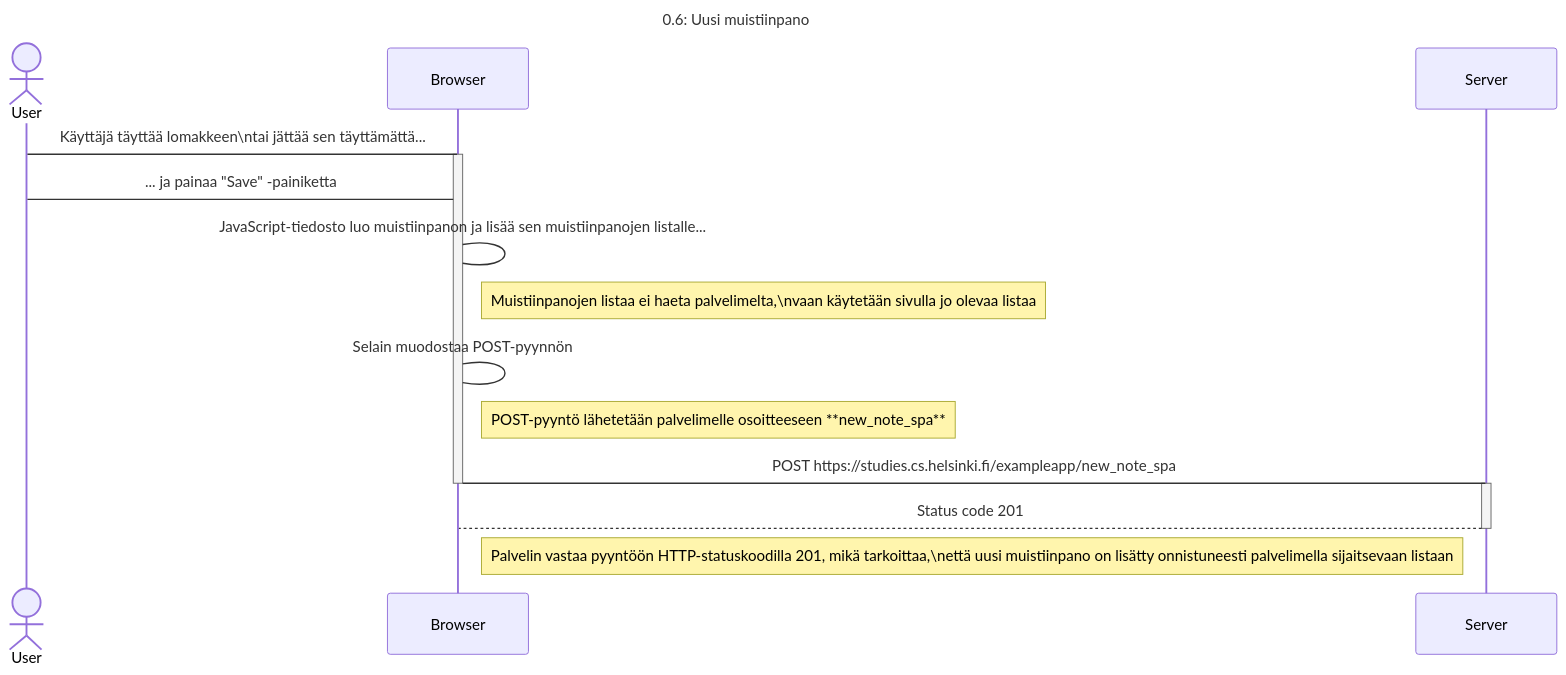
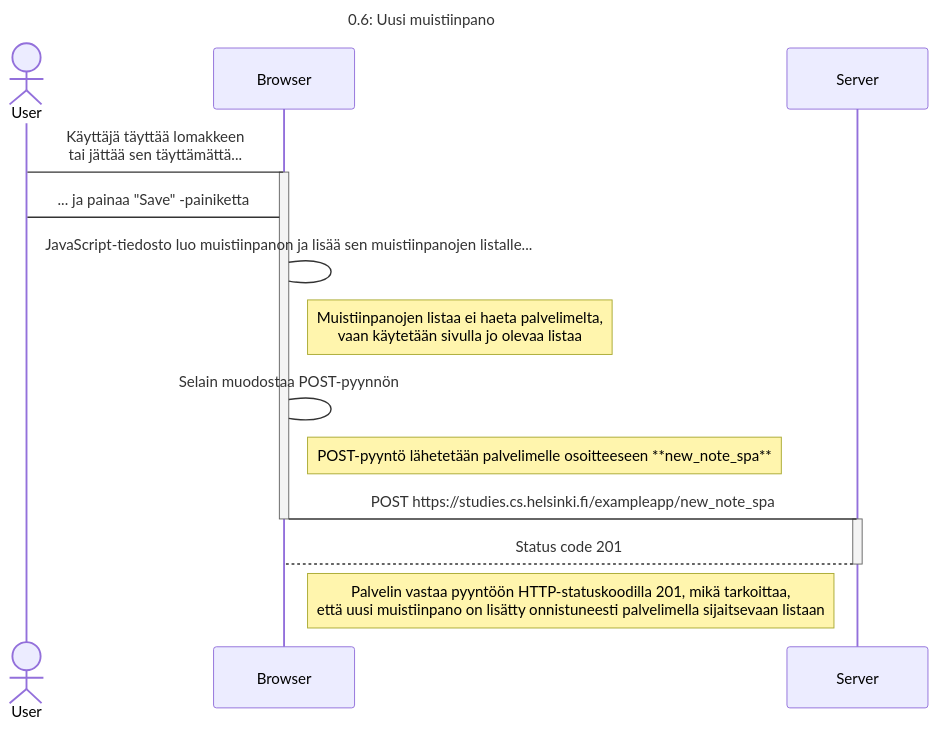
Before and after one commit to JuriHajainen/fullstackopen: the diagram in osa0/0.6__Uusi_muistiinpano.md, drawn with Mermaid. The commit also changed 1 other file, not shown here.

Commit message:
More fixes

````diff
--- a/osa0/0.6__Uusi_muistiinpano.md
+++ b/osa0/0.6__Uusi_muistiinpano.md
@@ -4,25 +4,25 @@
 ```mermaid
 
 sequenceDiagram
 
     title 0.6: Uusi muistiinpano
 
     actor User
     participant Browser
     participant Server
 
-    User->Browser: Käyttäjä täyttää lomakkeen\ntai jättää sen täyttämättä...
+    User->Browser: Käyttäjä täyttää lomakkeen<br>tai jättää sen täyttämättä...
     activate Browser
     User->Browser: ... ja painaa "Save" -painiketta
     Browser->Browser: JavaScript-tiedosto luo muistiinpanon ja lisää sen muistiinpanojen listalle...
-    note right of Browser: Muistiinpanojen listaa ei haeta palvelimelta,\nvaan käytetään sivulla jo olevaa listaa
+    note right of Browser: Muistiinpanojen listaa ei haeta palvelimelta,<br>vaan käytetään sivulla jo olevaa listaa
     Browser->Browser:  Selain muodostaa POST-pyynnön
     note right of Browser: POST-pyyntö lähetetään palvelimelle osoitteeseen **new_note_spa**
     Browser->Server: POST https://studies.cs.helsinki.fi/exampleapp/new_note_spa
     deactivate Browser
     activate Server
     Server-->Browser: Status code 201
     deactivate Server
-    note right of Browser:Palvelin vastaa pyyntöön HTTP-statuskoodilla 201, mikä tarkoittaa,\nettä uusi muistiinpano on lisätty onnistuneesti palvelimella sijaitsevaan listaan
+    note right of Browser:Palvelin vastaa pyyntöön HTTP-statuskoodilla 201, mikä tarkoittaa,<br>että uusi muistiinpano on lisätty onnistuneesti palvelimella sijaitsevaan listaan
 
 ```
````
